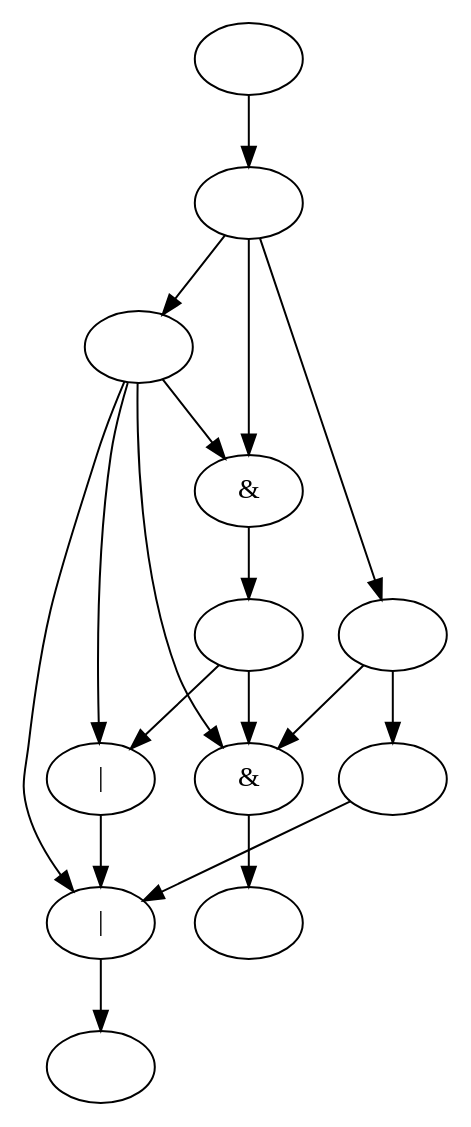
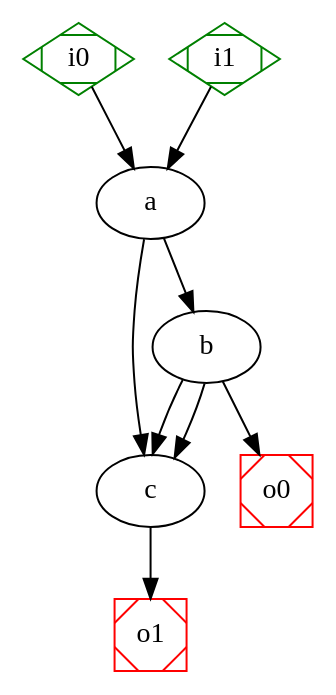
Before and after one commit to Livarg/Projet2-IM: the diagram in Open_digraph.dot, drawn with Graphviz. The commit also changed 9 other files, not shown here.

```diff
--- a/Open_digraph.dot
+++ b/Open_digraph.dot
@@ -1,33 +1,23 @@
 digraph G { 
 
-    0->9;
-    0[label = "&"]; 
-    1->10;
-    1[label = "|"]; 
-    2->1;
-    2[label = "|"]; 
-    3->1;
-    3[label = ""]; 
-    4->0;
-    4->3;
-    4[label = ""]; 
-    5->11;
-    5[label = "&"]; 
+    0->1;
+    0->2;
+    0[label = "a"]; 
+    1->2;
+    1->2;
+    1->3;
+    1[label = "b"]; 
+    2->4;
+    2[label = "c"]; 
+    3[label = "o0"]; 
+    3[shape = Msquare, color = red];
+    4[label = "o1"]; 
+    4[shape = Msquare, color = red];
+    5->0;
+    5[label = "i0"]; 
+    5[shape = Mdiamond, color = green];
     6->0;
-    6->1;
-    6->2;
-    6->5;
-    6[label = ""]; 
-    7->4;
-    7->5;
-    7->6;
-    7[label = ""]; 
-    8->7;
-    8[label = ""]; 
-    9[label = ""]; 
-    10[label = ""]; 
-    11->0;
-    11->2;
-    11[label = ""]; 
+    6[label = "i1"]; 
+    6[shape = Mdiamond, color = green];
 
 }
```
